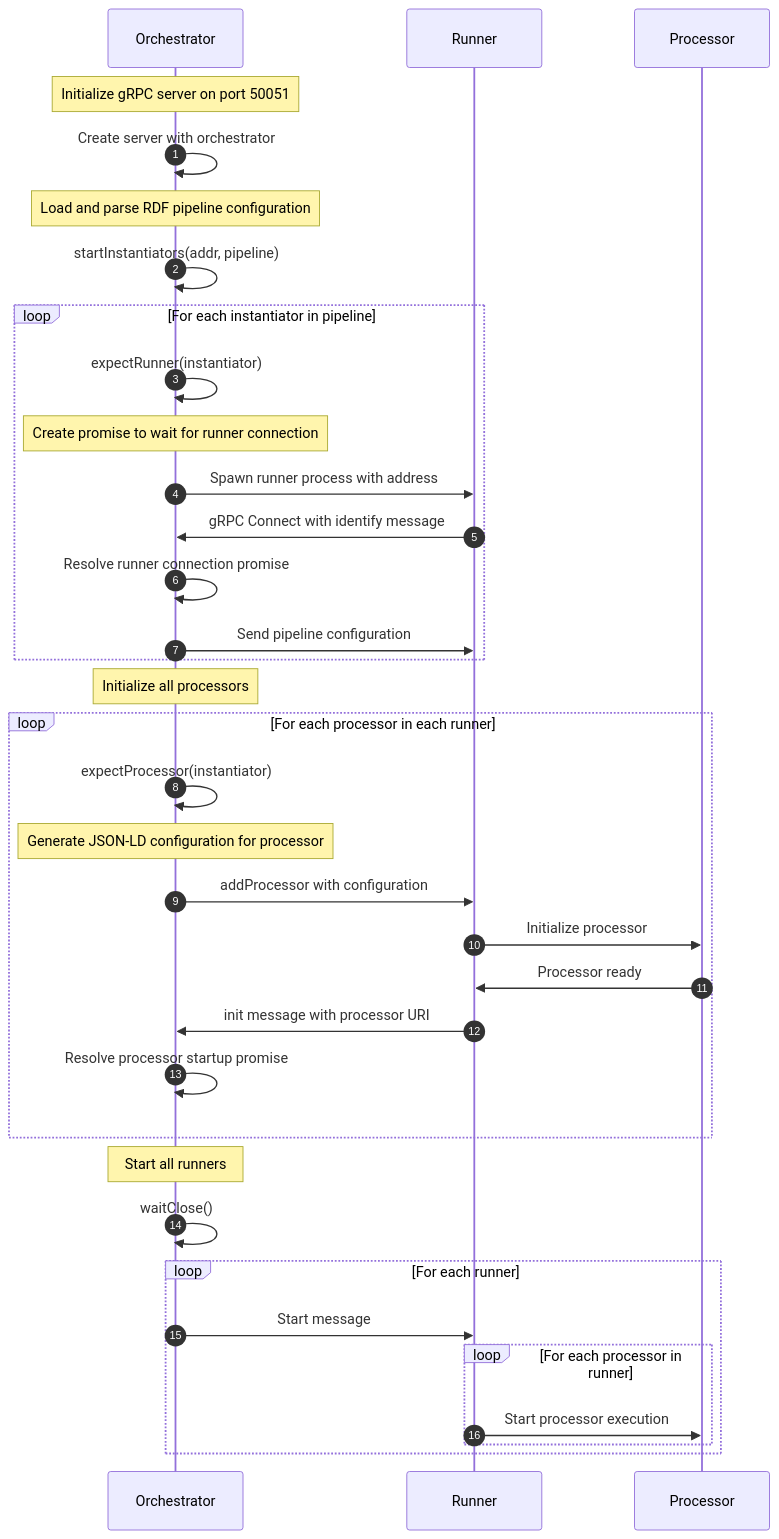
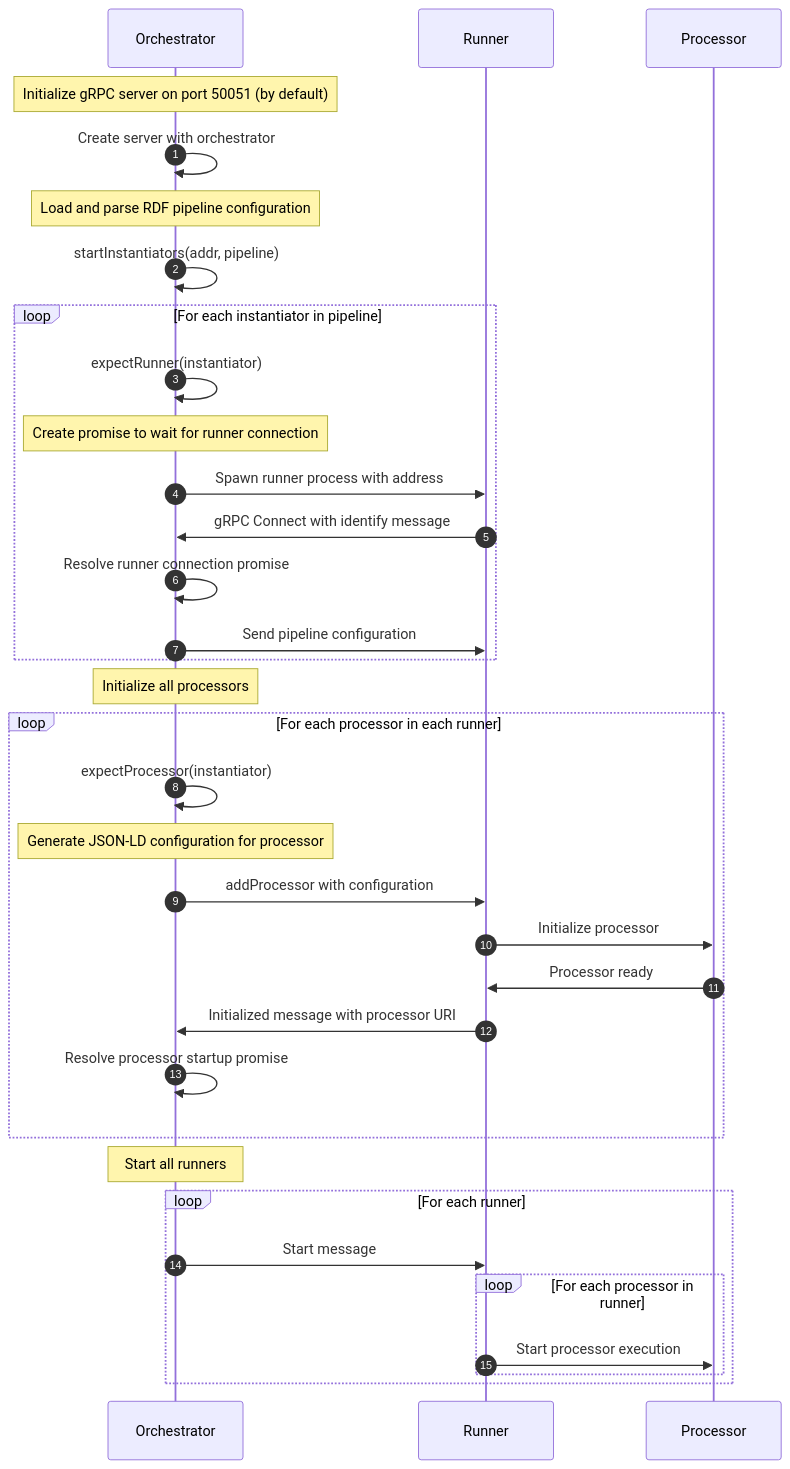
The first of 3 diagrams in README.md (rdf-connect/orchestrator-js), drawn with Mermaid before and after one commit. The commit also changed other lines of this file and 11 other files, not shown here.

````diff
--- a/README.md
+++ b/README.md
@@ -234,42 +212,41 @@
 ```mermaid
 sequenceDiagram
     autonumber
     participant O as Orchestrator
     participant R as Runner
     participant P as Processor
 
-    Note over O: Initialize gRPC server on port 50051
+    Note over O: Initialize gRPC server on port 50051 (by default)
     O->>O: Create server with orchestrator
 
     Note over O: Load and parse RDF pipeline configuration
 
     O->>O: startInstantiators(addr, pipeline)
     loop For each instantiator in pipeline
         O->>O: expectRunner(instantiator)
         Note over O: Create promise to wait for runner connection
         O->>R: Spawn runner process with address
         R->>O: gRPC Connect with identify message
         O->>O: Resolve runner connection promise
         O->>R: Send pipeline configuration
     end
 
     Note over O: Initialize all processors
     loop For each processor in each runner
         O->>O: expectProcessor(instantiator)
         Note over O: Generate JSON-LD configuration for processor
         O->>R: addProcessor with configuration
         R->>P: Initialize processor
         P->>R: Processor ready
-        R->>O: init message with processor URI
+        R->>O: Initialized message with processor URI
         O->>O: Resolve processor startup promise
     end
 
     Note over O: Start all runners
-    O->>O: waitClose()
     loop For each runner
         O->>R: Start message
         loop For each processor in runner
             R->>P: Start processor execution
         end
     end
 ```
````
